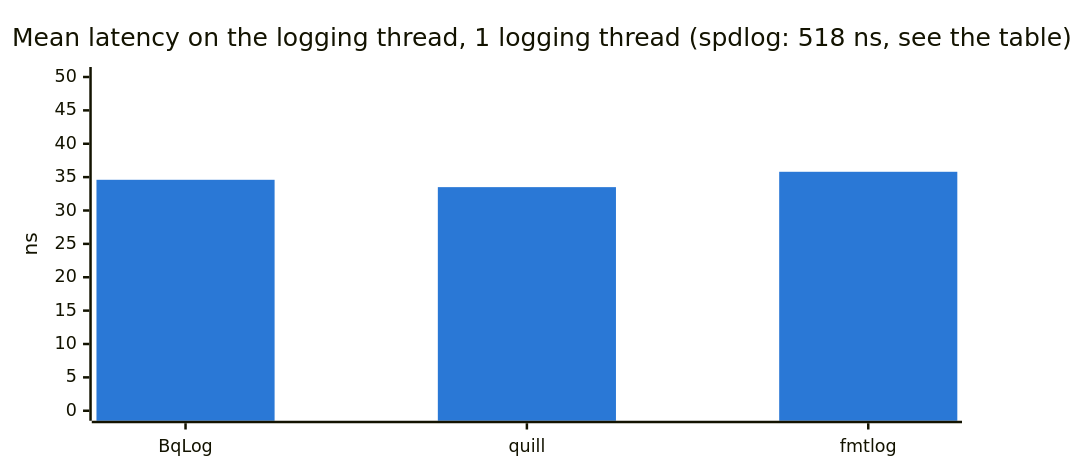
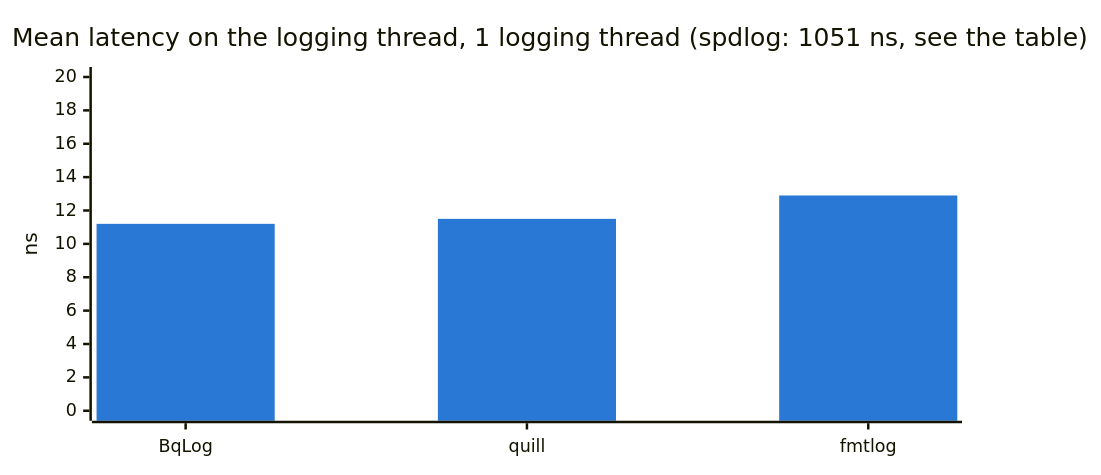
One commit to Tencent/BqLog changed diagram 15 of 15 in docs/BENCHMARK.md. Above: the diagram before and after it, drawn with Mermaid. The commit also changed other lines of this file and 1 other file, not shown here.

Commit message:
docs: Linux latency on WSL2, drop Linux throughput

````diff
--- a/docs/BENCHMARK.md
+++ b/docs/BENCHMARK.md
@@ -717,16 +538,16 @@
 ```mermaid
 ---
 config:
   xyChart:
     width: 760
     height: 360
   themeVariables:
     xyChart:
       plotColorPalette: "#2a78d6"
 ---
 xychart-beta
-    title "Mean latency on the logging thread, 1 logging thread (spdlog: 518 ns, see the table)"
+    title "Mean latency on the logging thread, 1 logging thread (spdlog: 1051 ns, see the table)"
     x-axis ["BqLog", "quill", "fmtlog"]
-    y-axis "ns" 0 --> 50
-    bar [34.6, 33.5, 35.8]
+    y-axis "ns" 0 --> 20
+    bar [11.2, 11.5, 12.9]
 ```
````
